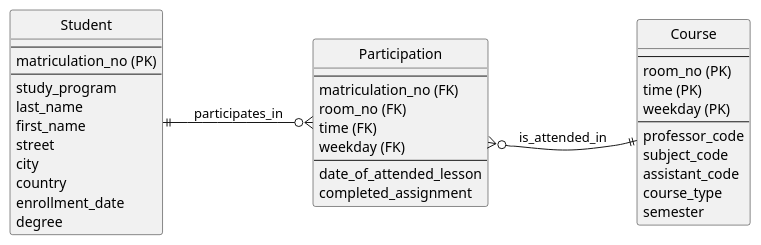
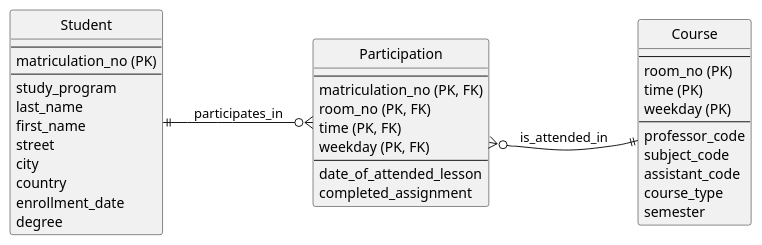
One commit to hgrabows/diagrammer-skills changed the diagram in examples/plantuml_er.puml. Above: the diagram before and after it, drawn with PlantUML. The commit also changed 3 other files, not shown here.

First line of the commit message:
docs(plantuml-er): mark columns that are both PK and FK as (PK, FK)

```diff
--- a/examples/plantuml_er.puml
+++ b/examples/plantuml_er.puml
@@ -1,54 +1,54 @@
 @startuml
 left to right direction
 hide circle
 
 ' === Student ===
 class Student {
     --
     matriculation_no (PK)
     --
     study_program
     last_name
     first_name
     street
     city
     country
     enrollment_date
     degree
 }
 
 ' === Participation (Join Table) ===
 class Participation {
     --
-    matriculation_no (FK)
-    room_no (FK)
-    time (FK)
-    weekday (FK)
+    matriculation_no (PK, FK)
+    room_no (PK, FK)
+    time (PK, FK)
+    weekday (PK, FK)
     --
     date_of_attended_lesson
     completed_assignment
 }
 
 ' === Course ===
 class Course {
     --
     room_no (PK)
     time (PK)
     weekday (PK)
     --
     professor_code
     subject_code
     assistant_code
     course_type
     semester
 }
 
 ' === Relationships ===
 Student ||--o{ Participation : "participates_in"
 Course   ||--o{ Participation : "is_attended_in"
 
 ' --- Layout helper: keep everything in one line ---
 Student -[hidden]-> Participation
 Participation -[hidden]-> Course
 
 @enduml
```
